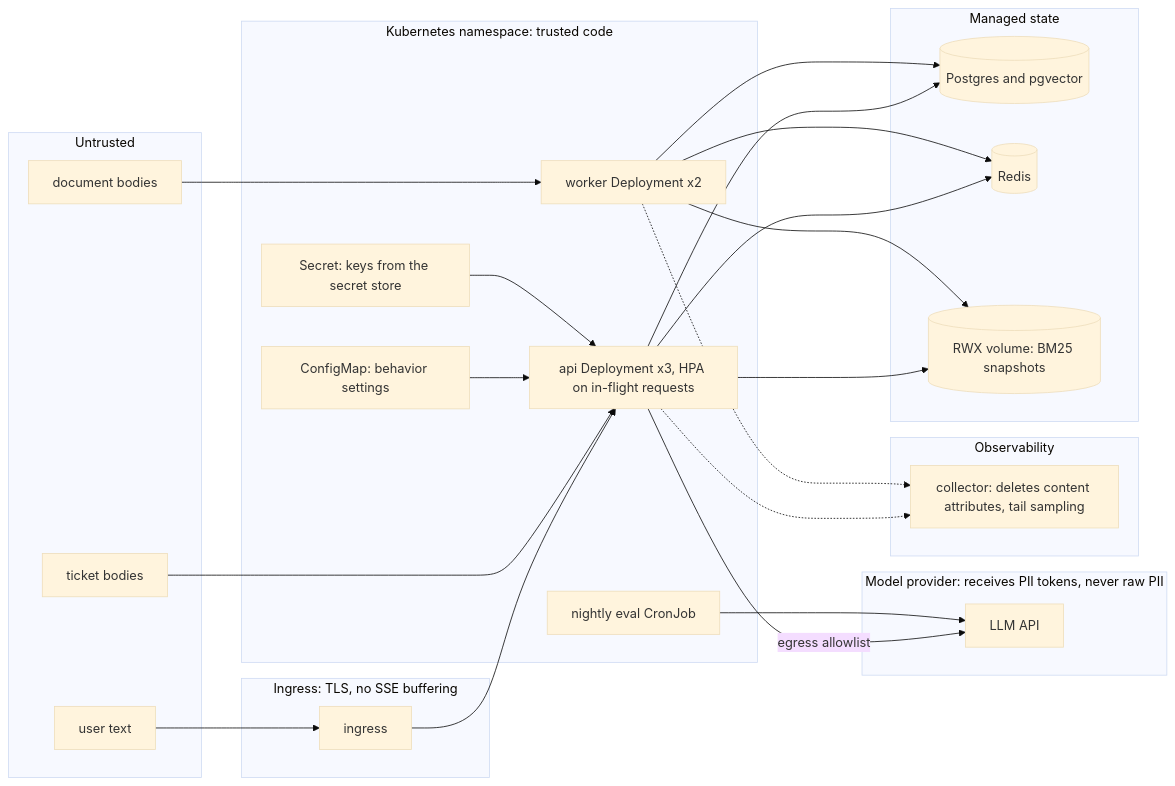
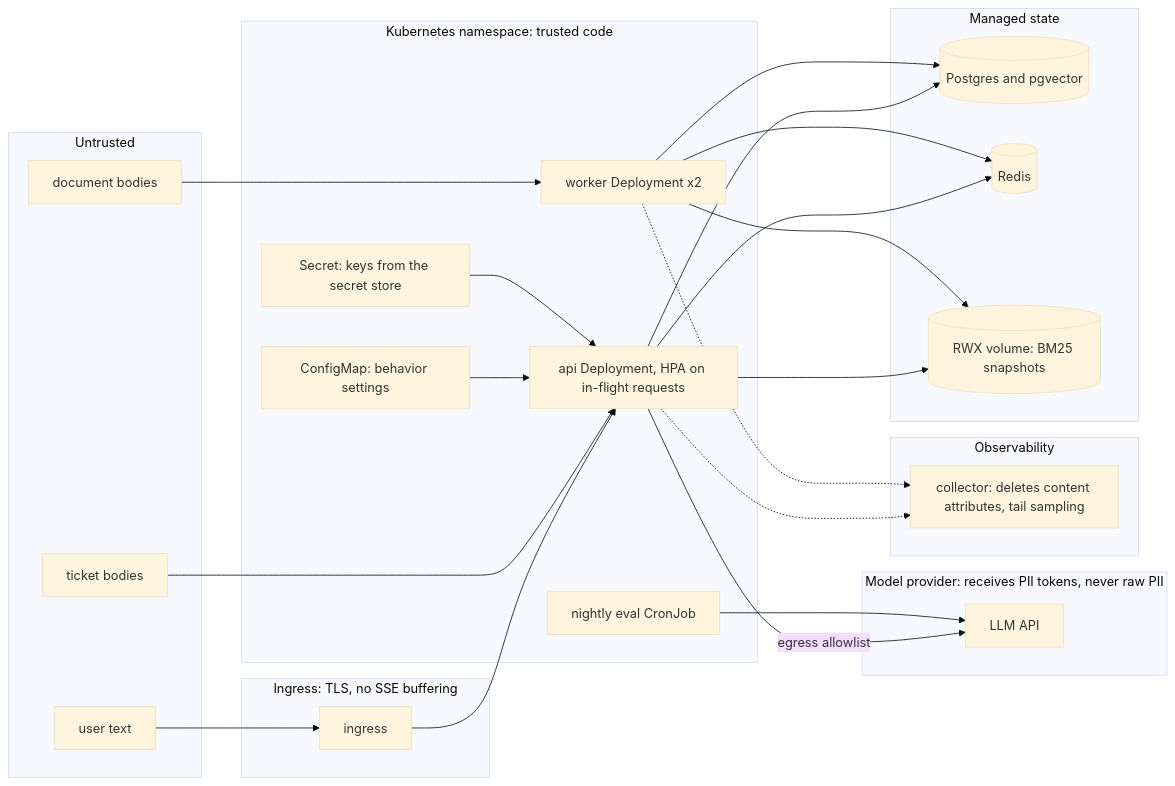
The third of 3 diagrams in book/chapters/39-capstone.md (XayyamSadigov/ai-engineering-book), drawn with Mermaid (base theme) before and after one commit. The commit also changed other lines of this file and 21 other files, not shown here.

````diff
--- a/book/chapters/39-capstone.md
+++ b/book/chapters/39-capstone.md
@@ -151,44 +151,44 @@
 ```mermaid
 flowchart LR
     subgraph Untrusted["Untrusted"]
         USER["user text"]
         DOCS["document bodies"]
         TICK["ticket bodies"]
     end
     subgraph Edge["Ingress: TLS, no SSE buffering"]
         ING["ingress"]
     end
     subgraph Cluster["Kubernetes namespace: trusted code"]
-        API["api Deployment x3, HPA on in-flight requests"]
+        API["api Deployment, HPA on in-flight requests"]
         WK["worker Deployment x2"]
         CJ["nightly eval CronJob"]
         CM["ConfigMap: behavior settings"]
         SEC["Secret: keys from the secret store"]
     end
     subgraph Managed["Managed state"]
         DB[("Postgres and pgvector")]
         REDIS[("Redis")]
         PVC[("RWX volume: BM25 snapshots")]
     end
     subgraph Provider["Model provider: receives PII tokens, never raw PII"]
         LLM["LLM API"]
     end
     subgraph Observability["Observability"]
         COL["collector: deletes content attributes, tail sampling"]
     end
     USER --> ING --> API
     DOCS --> WK
     TICK --> API
     CM --> API
     SEC --> API
     API --> DB
     API --> REDIS
     API --> PVC
     WK --> DB
     WK --> REDIS
     WK --> PVC
     API -->|"egress allowlist"| LLM
     CJ --> LLM
     API -.-> COL
     WK -.-> COL
 ```
````
